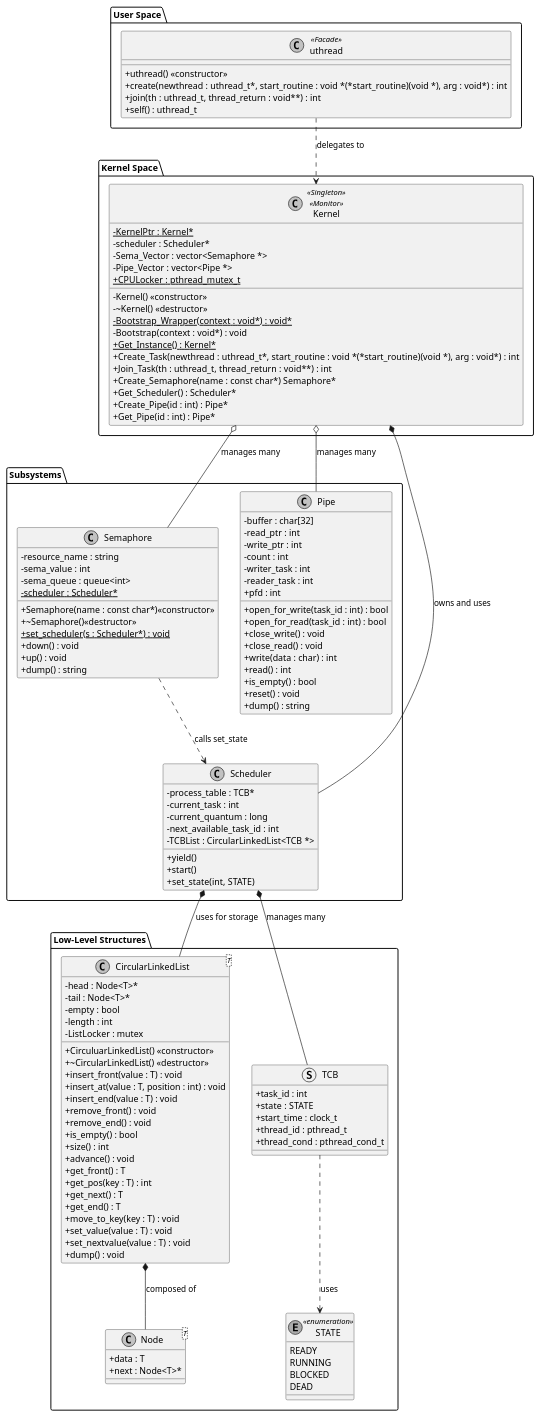
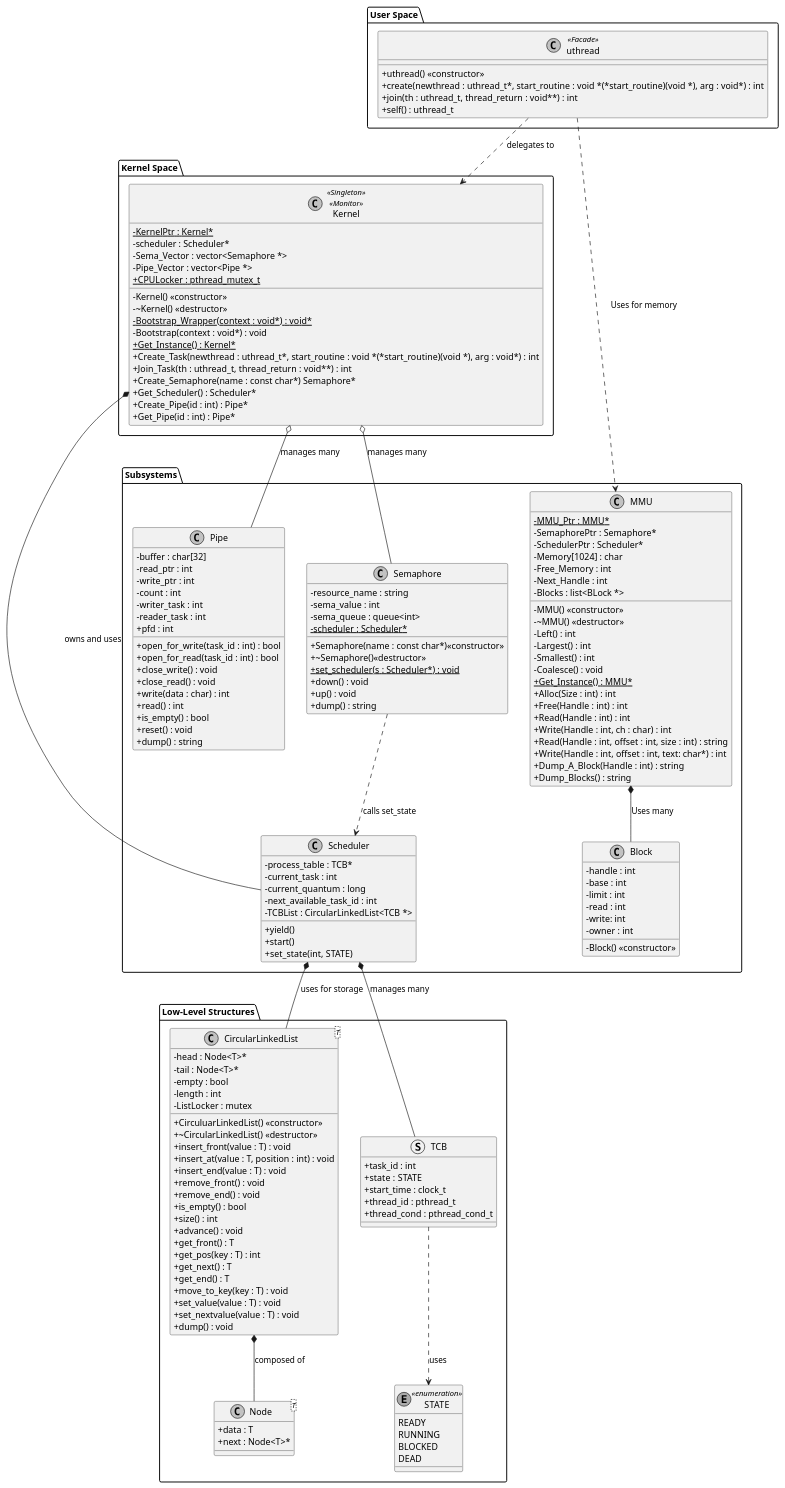
The diagram in docs/Diagram.puml (hwpoole/161-Ultima_2.0), drawn with PlantUML before and after one commit. The commit also changed 15 other files, not shown here.

```diff
--- a/docs/Diagram.puml
+++ b/docs/Diagram.puml
@@ -1,128 +1,163 @@
 @startuml
 skinparam classAttributeIconSize 0
 skinparam monochrome true
 package "User Space" {
     class uthread <<Facade>> {
         + uthread() <<constructor>>
         + create(newthread : uthread_t*, start_routine : void *(*start_routine)(void *), arg : void*) : int
         + join(th : uthread_t, thread_return : void**) : int
         + self() : uthread_t
     }
 }
 package "Kernel Space" {
     class Kernel <<Singleton>> <<Monitor>> {
        - {static} KernelPtr : Kernel*
        - scheduler : Scheduler*
        - Sema_Vector : vector<Semaphore *>
        - Pipe_Vector : vector<Pipe *>
        - Kernel() <<constructor>>
        - ~Kernel() <<destructor>>
        - {static} Bootstrap_Wrapper(context : void*) : void*
        - Bootstrap(context : void*) : void
        + {static} CPULocker : pthread_mutex_t
        + {static} Get_Instance() : Kernel*
        + Create_Task(newthread : uthread_t*, start_routine : void *(*start_routine)(void *), arg : void*) : int
        + Join_Task(th : uthread_t, thread_return : void**) : int
        + Create_Semaphore(name : const char*) Semaphore*
        + Get_Scheduler() : Scheduler*
        + Create_Pipe(id : int) : Pipe*
        + Get_Pipe(id : int) : Pipe*
     }
 }
 package "Subsystems" {
+    class MMU {
+        - {static} MMU_Ptr : MMU*
+        - SemaphorePtr : Semaphore*
+        - SchedulerPtr : Scheduler*
+        - Memory[1024] : char
+        - Free_Memory : int
+        - Next_Handle : int
+        - Blocks : list<BLock *>
+        - MMU() <<constructor>>
+        - ~MMU() <<destructor>>
+        - Left() : int
+        - Largest() : int
+        - Smallest() : int
+        - Coalesce() : void
+        + {static} Get_Instance() : MMU*
+        + Alloc(Size : int) : int
+        + Free(Handle : int) : int
+        + Read(Handle : int) : int
+        + Write(Handle : int, ch : char) : int
+        + Read(Handle : int, offset : int, size : int) : string
+        + Write(Handle : int, offset : int, text: char*) : int
+        + Dump_A_Block(Handle : int) : string
+        + Dump_Blocks() : string
+    }
+    class Block {
+    - handle : int
+    - base : int
+    - limit : int
+    - read : int
+    - write: int
+    - owner : int
+    - Block() <<constructor>>
+    }
     class Scheduler {
         - process_table : TCB*
         - current_task : int
         - current_quantum : long
         - next_available_task_id : int
         - TCBList : CircularLinkedList<TCB *>
         + yield()
         + start()
         + set_state(int, STATE)
     }
     class Semaphore {
         - resource_name : string
         - sema_value : int
         - sema_queue : queue<int>
         - {static} scheduler : Scheduler*
         + Semaphore(name : const char*)<<constructor>>
         + ~Semaphore()<<destructor>>
         + {static} set_scheduler(s : Scheduler*) : void
         + down() : void
         + up() : void
         + dump() : string
    }
    class Pipe {
        - buffer : char[32]
        - read_ptr : int
        - write_ptr : int
        - count : int
        - writer_task : int
        - reader_task : int
        + pfd : int
        + open_for_write(task_id : int) : bool
        + open_for_read(task_id : int) : bool
        + close_write() : void
        + close_read() : void
        + write(data : char) : int
        + read() : int
        + is_empty() : bool
        + reset() : void
        + dump() : string
    }
 }
 package "Low-Level Structures" {
     class CircularLinkedList<T> {
         - head : Node<T>*
         - tail : Node<T>*
         - empty : bool
         - length : int
         - ListLocker : mutex
         + CirculuarLinkedList() <<constructor>>
         + ~CircularLinkedList() <<destructor>>
         + insert_front(value : T) : void
         + insert_at(value : T, position : int) : void
         + insert_end(value : T) : void
         + remove_front() : void
         + remove_end() : void
         + is_empty() : bool
         + size() : int
         + advance() : void
         + get_front() : T
         + get_pos(key : T) : int
         + get_next() : T
         + get_end() : T
         + move_to_key(key : T) : void
         + set_value(value : T) : void
         + set_nextvalue(value : T) : void
         + dump() : void
     }
     struct TCB {
         + task_id : int
         + state : STATE
         + start_time : clock_t
         + thread_id : pthread_t
         + thread_cond : pthread_cond_t
    }
    class Node<T> {
         + data : T
         + next : Node<T>*
    }
    enum STATE <<enumeration>> {
        READY
        RUNNING
        BLOCKED
        DEAD
 }
 }
 ' Relationships
 uthread ..> Kernel : "delegates to"
+uthread ..> MMU : "Uses for memory"
 Kernel *-- Scheduler : "owns and uses"
 Kernel o-- Semaphore : "manages many"
 Kernel o-- Pipe : "manages many"
+MMU *-- Block : "Uses many"
 Scheduler *-- CircularLinkedList : "uses for storage"
 CircularLinkedList *-- Node : "composed of"
 Scheduler *-- TCB : "manages many"
 Semaphore ..> Scheduler : "calls set_state"
 TCB ..> STATE : "uses"
 @enduml
```
